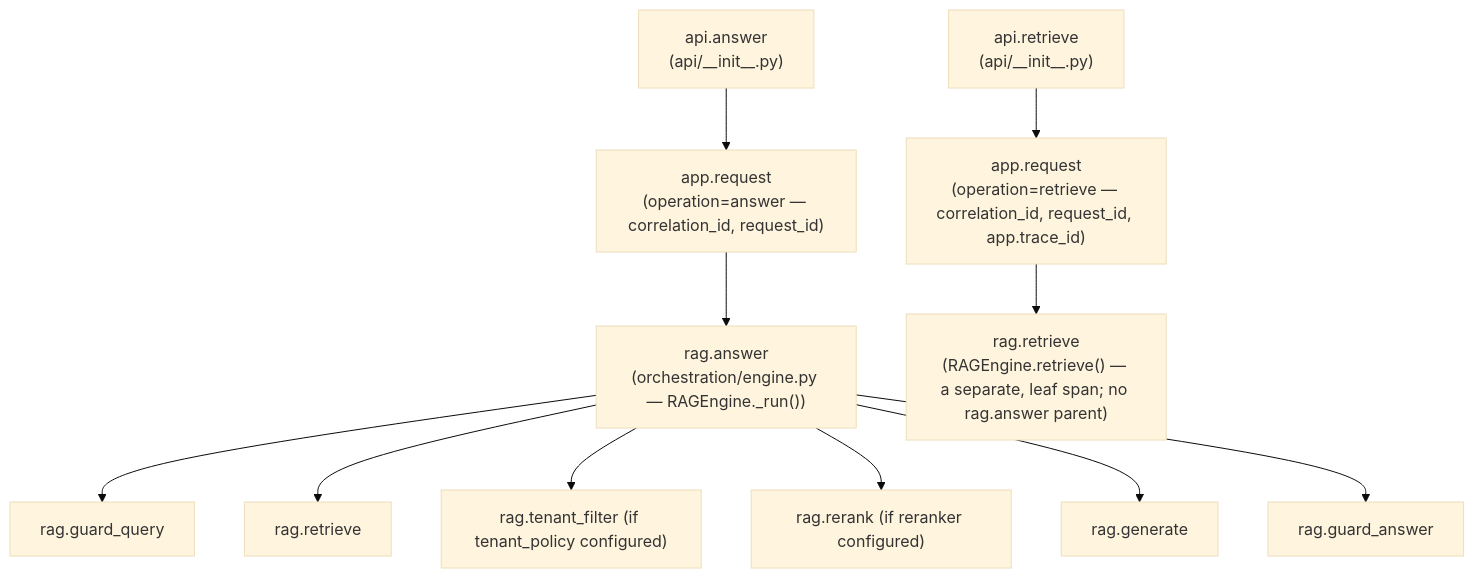
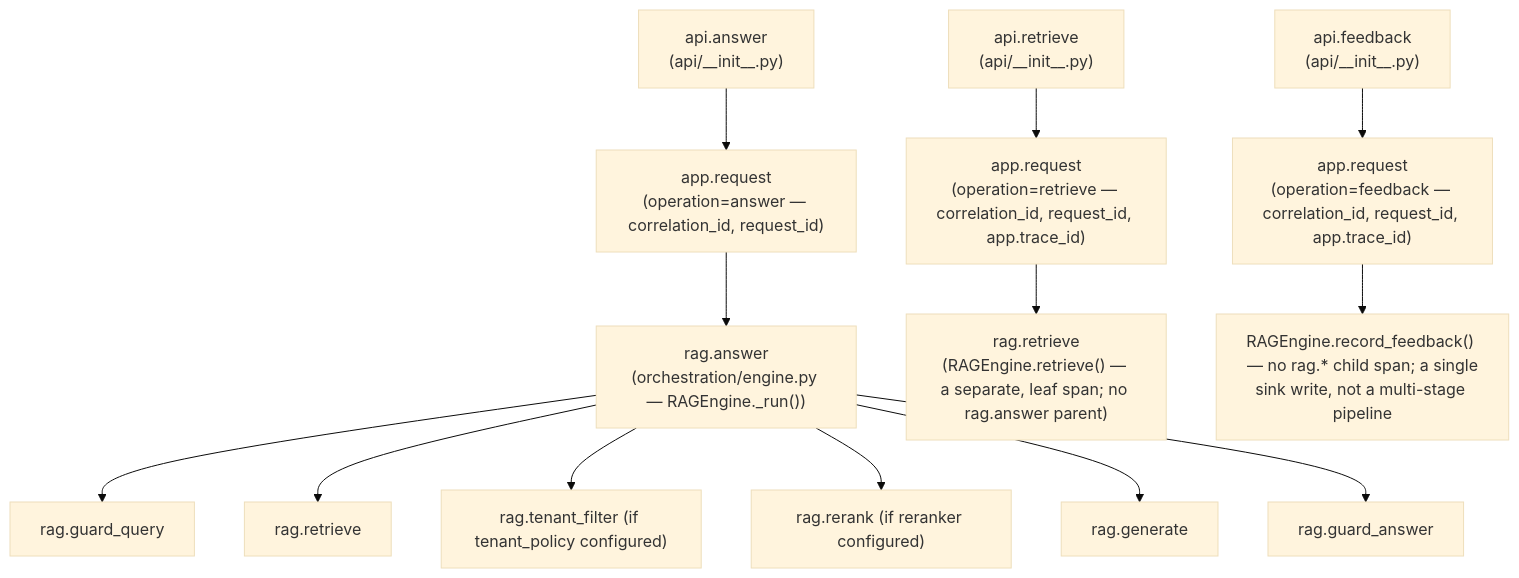
The second of 2 diagrams in docs/guides/observability.md (HerbertGourout/modular-rag-framework), drawn with Mermaid before and after one commit. The commit also changed other lines of this file and 50 other files, not shown here.

````diff
--- a/docs/guides/observability.md
+++ b/docs/guides/observability.md
@@ -167,15 +168,18 @@
 ```mermaid
 %%{init: {"theme": "base"}}%%
 flowchart TB
     A1["api.answer\n(api/__init__.py)"] --> B1["app.request\n(operation=answer — correlation_id, request_id)"]
     B1 --> C["rag.answer\n(orchestration/engine.py — RAGEngine._run())"]
     C --> D["rag.guard_query"]
     C --> E["rag.retrieve"]
     C --> F["rag.tenant_filter (if tenant_policy configured)"]
     C --> G["rag.rerank (if reranker configured)"]
     C --> H["rag.generate"]
     C --> I["rag.guard_answer"]
 
     A2["api.retrieve\n(api/__init__.py)"] --> B2["app.request\n(operation=retrieve — correlation_id, request_id, app.trace_id)"]
     B2 --> J["rag.retrieve\n(RAGEngine.retrieve() — a separate, leaf span; no rag.answer parent)"]
+
+    A3["api.feedback\n(api/__init__.py)"] --> B3["app.request\n(operation=feedback — correlation_id, request_id, app.trace_id)"]
+    B3 --> K["RAGEngine.record_feedback() — no rag.* child span; a single\nsink write, not a multi-stage pipeline"]
 ```
````
